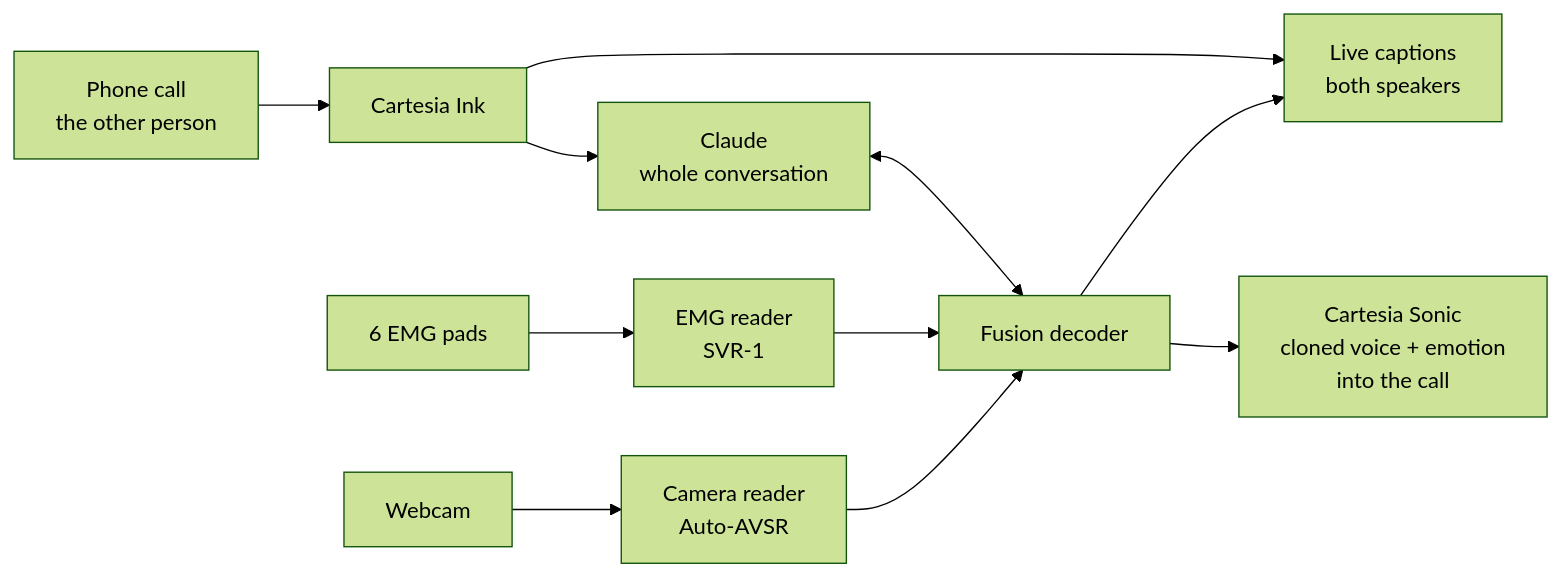
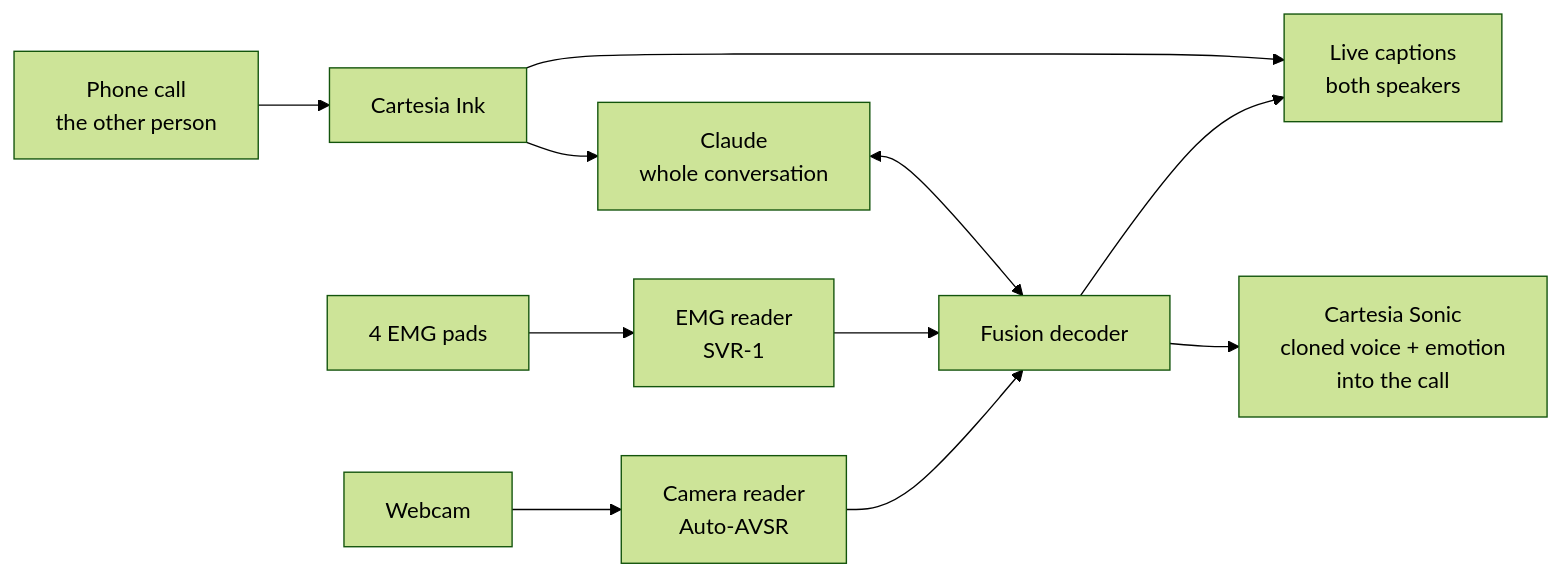
Before and after one commit to thaimtl/Reclaim: the diagram in README.md, drawn with Mermaid (forest theme). The commit also changed 10 other files, not shown here.

````diff
--- a/README.md
+++ b/README.md
@@ -21,13 +21,13 @@
 ```mermaid
 flowchart LR
     W[Webcam] --> AV[Camera reader<br/>Auto-AVSR]
-    P[6 EMG pads] --> E[EMG reader<br/>SVR-1]
+    P[4 EMG pads] --> E[EMG reader<br/>SVR-1]
     AV --> D[Fusion decoder]
     E --> D
     M[Phone call<br/>the other person] --> I[Cartesia Ink]
     I --> C[Claude<br/>whole conversation]
     C <--> D
     D --> CAP[Live captions<br/>both speakers]
     I --> CAP
     D --> V[Cartesia Sonic<br/>cloned voice + emotion<br/>into the call]
 ```
````
